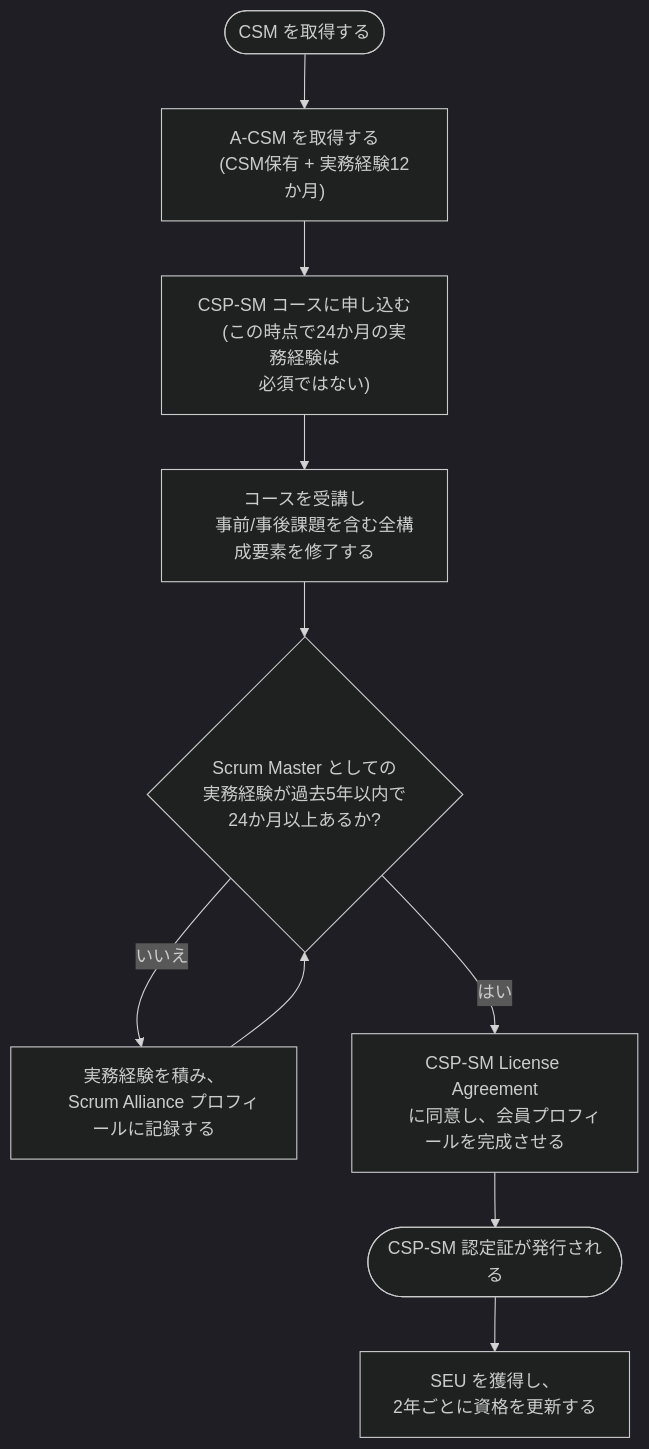
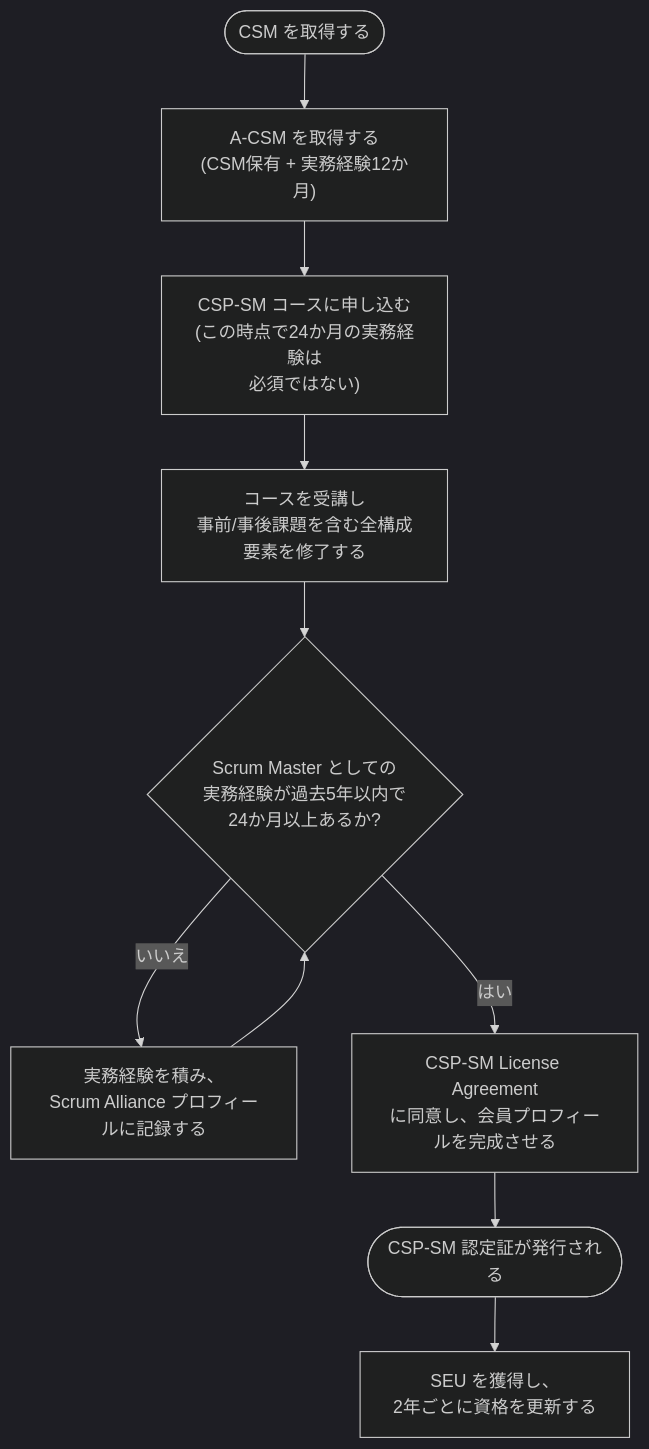
The second of 15 diagrams in Csp-sm-certified-scrum-professional-scrummaster-study-guide.md (myoshi2891/Management-Team-Building-Studies), drawn with Mermaid (dark theme) before and after one commit. The commit also changed other lines of this file, not shown here.

Commit message:
docs: CSP-SM 学習ガイドのMermaid図整形およびCTC/CEC注記を更新

````diff
--- a/Csp-sm-certified-scrum-professional-scrummaster-study-guide.md
+++ b/Csp-sm-certified-scrum-professional-scrummaster-study-guide.md
@@ -107,21 +107,12 @@
 ```mermaid
 flowchart TD
-    Start(["CSM を取得する"]) --> ACSM["A-CSM を取得する
-    (CSM保有 + 実務経験12か月)"]
-    ACSM --> Enroll["CSP-SM コースに申し込む
-    (この時点で24か月の実務経験は
-    必須ではない)"]
-    Enroll --> Course["コースを受講し
-    事前/事後課題を含む全構成要素を修了する"]
-    Course --> Exp{"Scrum Master としての
-    実務経験が過去5年以内で
-    24か月以上あるか?"}
-    Exp -- いいえ --> Wait["実務経験を積み、
-    Scrum Alliance プロフィールに記録する"]
+    Start(["CSM を取得する"]) --> ACSM["A-CSM を取得する<br/>(CSM保有 + 実務経験12か月)"]
+    ACSM --> Enroll["CSP-SM コースに申し込む<br/>(この時点で24か月の実務経験は<br/>必須ではない)"]
+    Enroll --> Course["コースを受講し<br/>事前/事後課題を含む全構成要素を修了する"]
+    Course --> Exp{"Scrum Master としての<br/>実務経験が過去5年以内で<br/>24か月以上あるか?"}
+    Exp -- いいえ --> Wait["実務経験を積み、<br/>Scrum Alliance プロフィールに記録する"]
     Wait --> Exp
-    Exp -- はい --> License["CSP-SM License Agreement
-    に同意し、会員プロフィールを完成させる"]
+    Exp -- はい --> License["CSP-SM License Agreement<br/>に同意し、会員プロフィールを完成させる"]
     License --> Cert(["CSP-SM 認定証が発行される"])
-    Cert --> Maintain["SEU を獲得し、
-    2年ごとに資格を更新する"]
+    Cert --> Maintain["SEU を獲得し、<br/>2年ごとに資格を更新する"]
 ```
````
